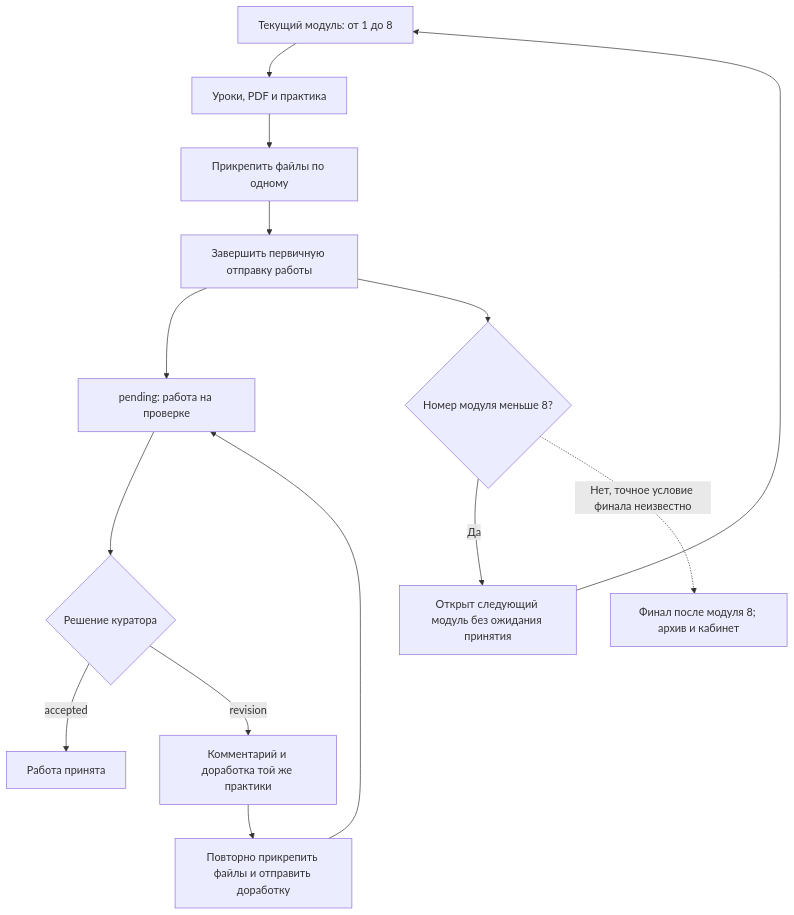
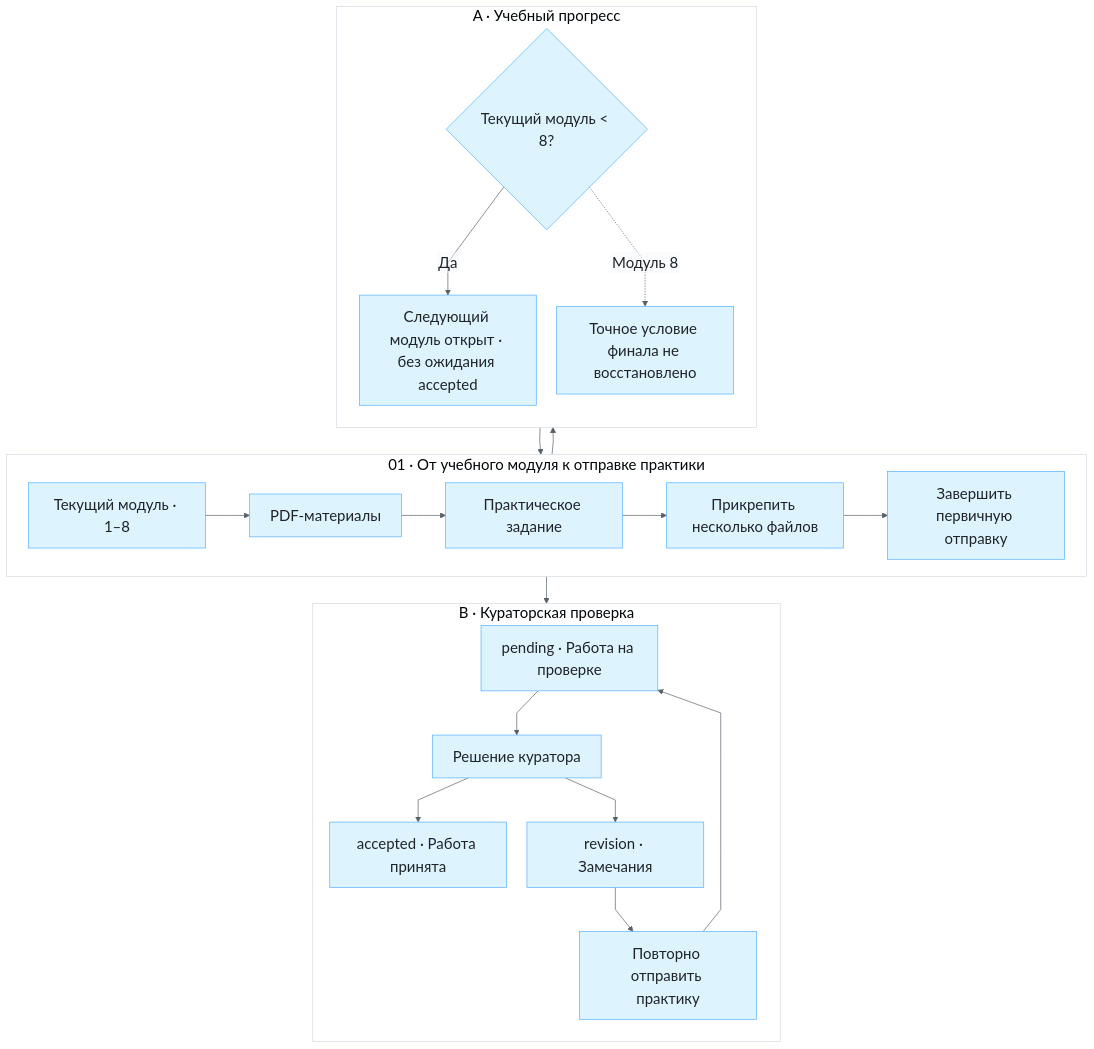
Before and after one commit to EugeneCodeCeo/learn-and-earn-case-studies: the diagram in paid-bot/architecture/homework-flow.mmd, drawn with Mermaid. The commit also changed 4 other files, not shown here.

Commit message:
docs: redesign Paid Bot case study and architecture

```diff
--- a/paid-bot/architecture/homework-flow.mmd
+++ b/paid-bot/architecture/homework-flow.mmd
@@ -1,14 +1,28 @@
-flowchart TD
-    Module["Текущий модуль: от 1 до 8"] --> Study["Уроки, PDF и практика"]
-    Study --> Upload["Прикрепить файлы по одному"]
-    Upload --> Submit["Завершить первичную отправку работы"]
-    Submit --> Review["pending: работа на проверке"]
-    Submit --> More{"Номер модуля меньше 8?"}
-    More -->|"Да"| Next["Открыт следующий модуль без ожидания принятия"]
-    Next --> Module
-    More -.->|"Нет, точное условие финала неизвестно"| Done["Финал после модуля 8; архив и кабинет"]
-    Review --> Decision{"Решение куратора"}
-    Decision -->|"accepted"| Accepted["Работа принята"]
-    Decision -->|"revision"| Revision["Комментарий и доработка той же практики"]
-    Revision --> Reupload["Повторно прикрепить файлы и отправить доработку"]
-    Reupload --> Review
+%%{init: {"theme":"base","themeVariables":{"fontFamily":"Segoe UI, Arial, sans-serif","fontSize":"22px","primaryColor":"#ddf4ff","primaryTextColor":"#1f2328","primaryBorderColor":"#54aeff","lineColor":"#57606a","clusterBkg":"#ffffff","clusterBorder":"#d1d9e0","edgeLabelBackground":"#f6f8fa"},"flowchart":{"htmlLabels":false,"curve":"linear","nodeSpacing":30,"rankSpacing":40}}}%%
+flowchart TB
+    subgraph initial["01 · От учебного модуля к отправке практики"]
+        direction LR
+        Module["Текущий модуль · 1–8"] --> PDF["PDF-материалы"]
+        PDF --> Practice["Практическое задание"]
+        Practice --> Files["Прикрепить несколько файлов"]
+        Files --> Submit["Завершить первичную отправку"]
+    end
+    Submit --> progress
+    Submit --> review
+    subgraph progress["A · Учебный прогресс"]
+        direction TB
+        More{"Текущий модуль < 8?"} -->|"Да"| Next["Следующий модуль открыт · без ожидания accepted"]
+        More -.->|"Модуль 8"| Final["Точное условие финала не восстановлено"]
+        Next --> Module
+    end
+    subgraph review["B · Кураторская проверка"]
+        direction TB
+        Pending["pending · Работа на проверке"] --> Decision["Решение куратора"]
+        Decision --> Accepted["accepted · Работа принята"]
+        Decision --> Revision["revision · Замечания"]
+        Revision --> Resubmit["Повторно отправить практику"]
+        Resubmit --> Pending
+    end
+    %% Доступ к следующему модулю и статус практики независимы.
+    %% Повторная отправка возвращается только в проверку.
+    %% Условие финала после модуля 8 намеренно не реконструируется.
```
